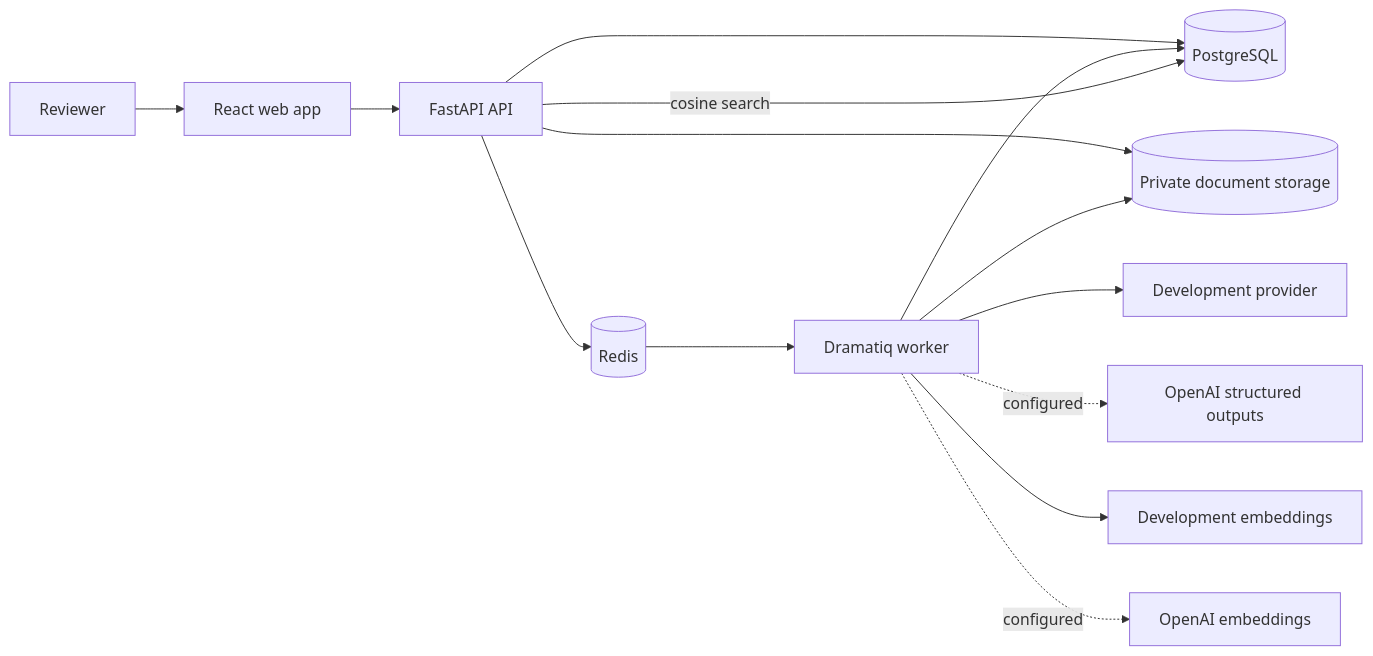
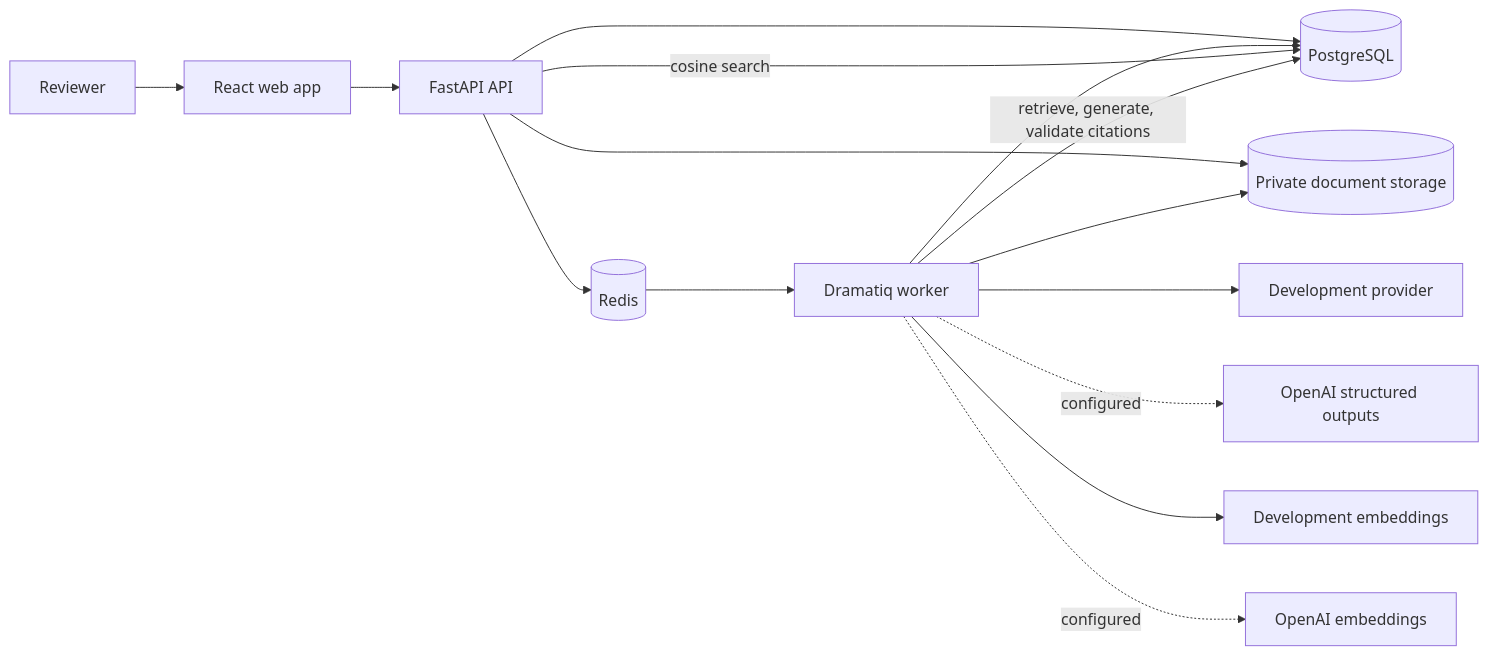
One commit to hafiz475/AI-Document-Intelligence-Verification-Platform changed the diagram in README.md. Above: the diagram before and after it, drawn with Mermaid. The commit also changed other lines of this file and 36 other files, not shown here.

````diff
--- a/README.md
+++ b/README.md
@@ -55,16 +62,17 @@
 ```mermaid
 flowchart LR
     U[Reviewer] --> W[React web app]
     W --> A[FastAPI API]
     A --> P[(PostgreSQL)]
     A --> R[(Redis)]
     R --> J[Dramatiq worker]
     A --> S[(Private document storage)]
     J --> S
     J --> P
     J --> D[Development provider]
     J -. configured .-> O[OpenAI structured outputs]
     J --> E[Development embeddings]
     J -. configured .-> OE[OpenAI embeddings]
     A -->|cosine search| P
+    J -->|retrieve, generate, validate citations| P
 ```
````
